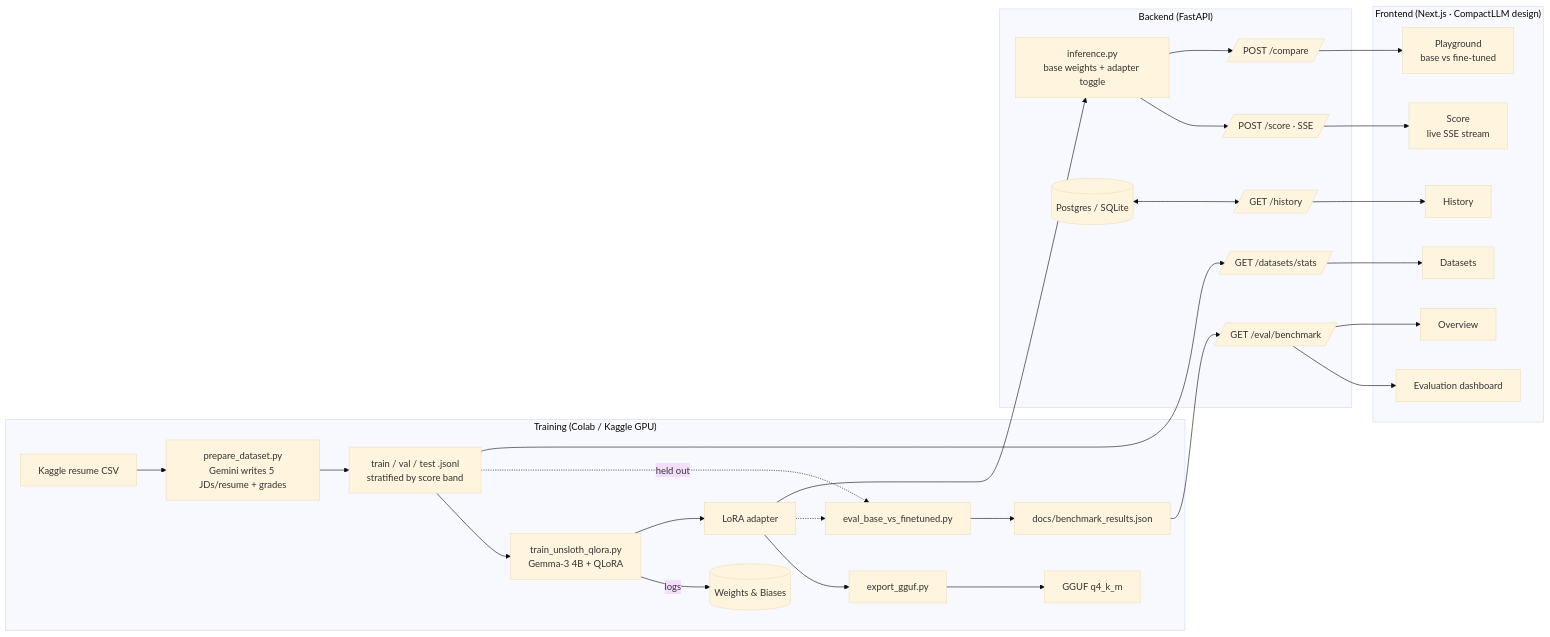
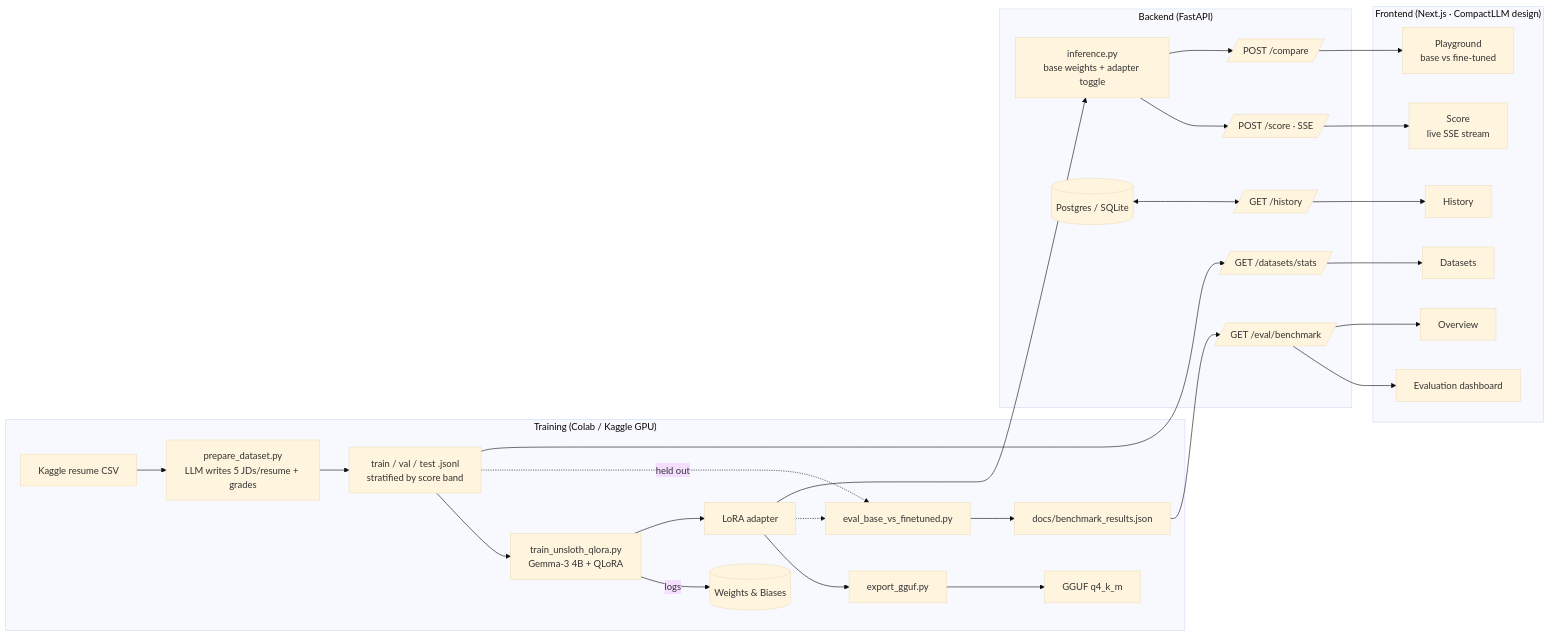
One commit to aayush-arya/compact-llm changed the diagram in README.md. Above: the diagram before and after it, drawn with Mermaid (base theme). The commit also changed other lines of this file and 1 other file, not shown here.

````diff
--- a/README.md
+++ b/README.md
@@ -34,32 +34,32 @@
 ```mermaid
 flowchart LR
     subgraph Training["Training (Colab / Kaggle GPU)"]
-        A[Kaggle resume CSV] --> B[prepare_dataset.py<br/>Gemini writes 5 JDs/resume + grades]
+        A[Kaggle resume CSV] --> B[prepare_dataset.py<br/>LLM writes 5 JDs/resume + grades]
         B --> C[train / val / test .jsonl<br/>stratified by score band]
         C --> D[train_unsloth_qlora.py<br/>Gemma-3 4B + QLoRA]
         D -->|logs| WANDB[(Weights & Biases)]
         D --> E[LoRA adapter]
         E --> F[export_gguf.py] --> G[GGUF q4_k_m]
         C -.held out.-> H[eval_base_vs_finetuned.py]
         E -.-> H
         H --> I[docs/benchmark_results.json]
     end
 
     subgraph Serving["Backend (FastAPI)"]
         E --> J[inference.py<br/>base weights + adapter toggle]
         J --> K[/POST /score · SSE/]
         J --> L[/POST /compare/]
         M[(Postgres / SQLite)] <--> N[/GET /history/]
         I --> O[/GET /eval/benchmark/]
         C --> DS[/GET /datasets/stats/]
     end
 
     subgraph Frontend["Frontend (Next.js · CompactLLM design)"]
         K --> P[Score<br/>live SSE stream]
         L --> Q[Playground<br/>base vs fine-tuned]
         O --> S[Evaluation dashboard]
         DS --> T[Datasets]
         N --> R[History]
         O --> OV[Overview]
     end
 ```
````
